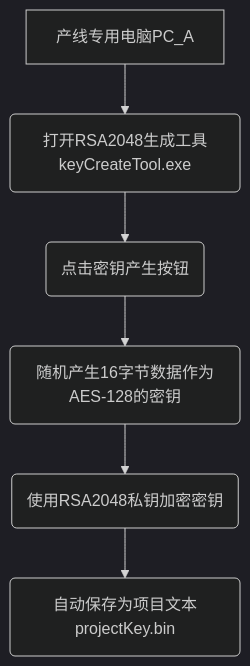
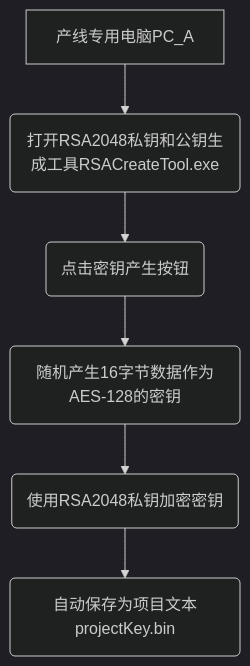
The diagram in all/未命名-10.md (facebook-cloud/iodraw-files), drawn with Mermaid (dark theme) before and after one commit.

Commit message:
2026-01-06 20:24:16 update

````diff
--- a/all/未命名-10.md
+++ b/all/未命名-10.md
@@ -1,8 +1,8 @@
 ```mermaid
 graph TD
-    A[产线专用电脑PC_A] --> B(打开RSA2048生成工具keyCreateTool.exe)
+    A[产线专用电脑PC_A] --> B(打开RSA2048私钥和公钥生成工具RSACreateTool.exe)
     B --> C(点击密钥产生按钮)
     C --> D(随机产生16字节数据作为AES-128的密钥)
     D --> E(使用RSA2048私钥加密密钥)
     E --> F(自动保存为项目文本projectKey.bin)
 ```
````
